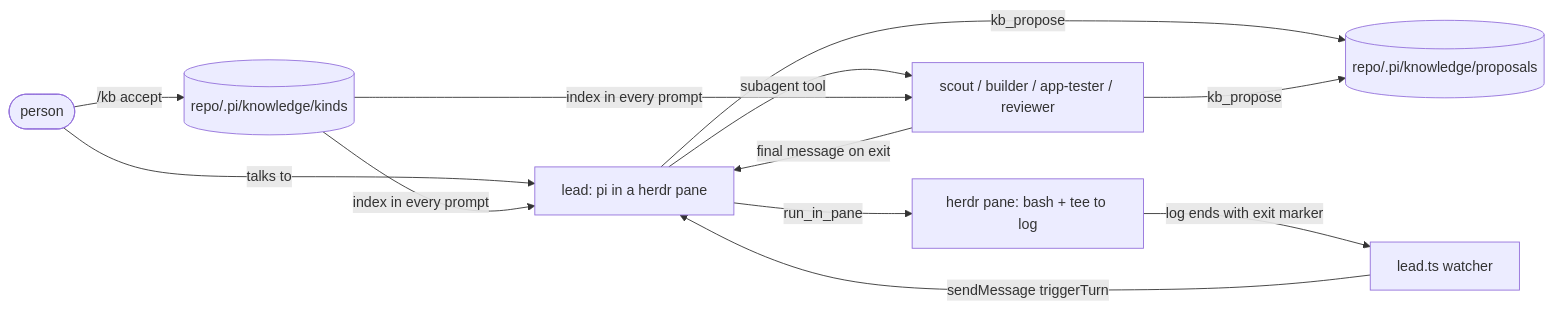
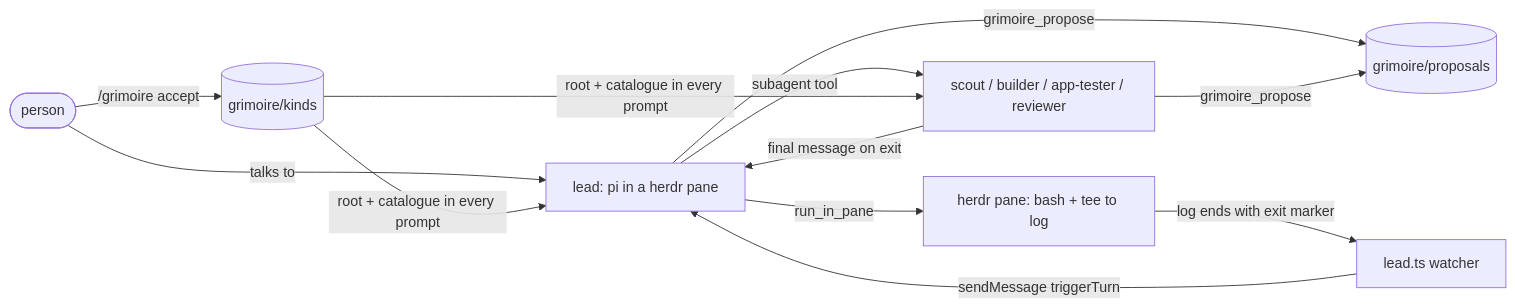
One commit to KyleKilbride/sitra-pi changed the diagram in AGENTS.md. Above: the diagram before and after it, drawn with Mermaid. The commit also changed other lines of this file and 27 other files, not shown here.

````diff
--- a/AGENTS.md
+++ b/AGENTS.md
@@ -25,12 +25,12 @@
 ```mermaid
 flowchart LR
   you([person]) -->|talks to| lead[lead: pi in a herdr pane]
   lead -->|subagent tool| team[scout / builder / app-tester / reviewer]
   team -->|final message on exit| lead
   lead -->|run_in_pane| run[herdr pane: bash + tee to log]
   run -->|log ends with exit marker| watcher[lead.ts watcher]
   watcher -->|sendMessage triggerTurn| lead
-  lead & team -->|kb_propose| proposals[(repo/.pi/knowledge/proposals)]
-  you -->|/kb accept| approved[(repo/.pi/knowledge/kinds)]
-  approved -->|index in every prompt| lead & team
+  lead & team -->|grimoire_propose| proposals[(grimoire/proposals)]
+  you -->|/grimoire accept| approved[(grimoire/kinds)]
+  approved -->|root + catalogue in every prompt| lead & team
 ```
````
